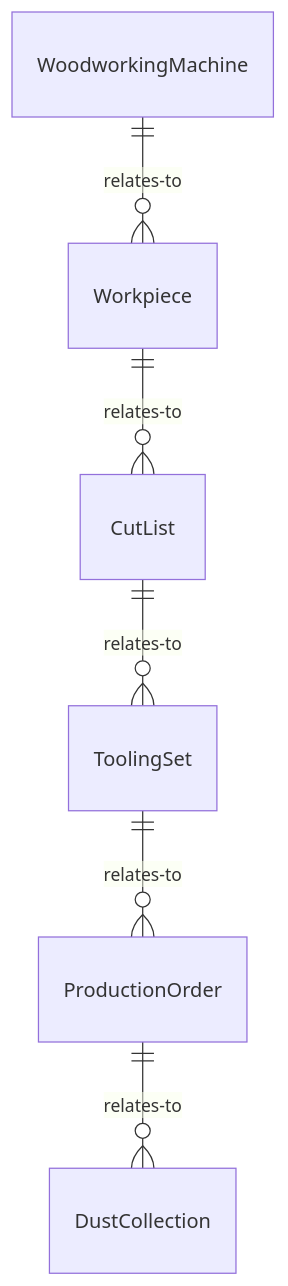
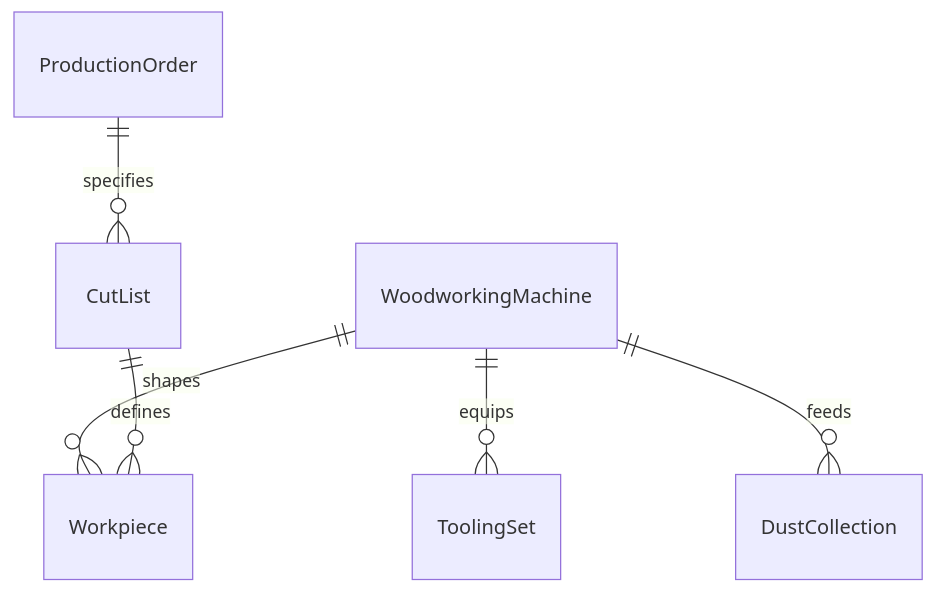
Before and after one commit to dot-org-ai/tasks.org.ai: the first of 4 diagrams in ControllingMachinesAndProcesses/OperateCuttingOrGrindingEquipment/OperateWoodworkingEquipment.mdx, drawn with Mermaid. The commit also changed other lines of this file and 515 other files, not shown here.

````diff
--- a/ControllingMachinesAndProcesses/OperateCuttingOrGrindingEquipment/OperateWoodworkingEquipment.mdx
+++ b/ControllingMachinesAndProcesses/OperateCuttingOrGrindingEquipment/OperateWoodworkingEquipment.mdx
@@ -87,8 +87,8 @@
 ```mermaid
 erDiagram
-    WoodworkingMachine ||--o{ Workpiece : relates-to
-    Workpiece ||--o{ CutList : relates-to
-    CutList ||--o{ ToolingSet : relates-to
-    ToolingSet ||--o{ ProductionOrder : relates-to
-    ProductionOrder ||--o{ DustCollection : relates-to
+    WoodworkingMachine ||--o{ ToolingSet : equips
+    WoodworkingMachine ||--o{ Workpiece : shapes
+    ProductionOrder ||--o{ CutList : specifies
+    CutList ||--o{ Workpiece : defines
+    WoodworkingMachine ||--o{ DustCollection : feeds
 ```
````
